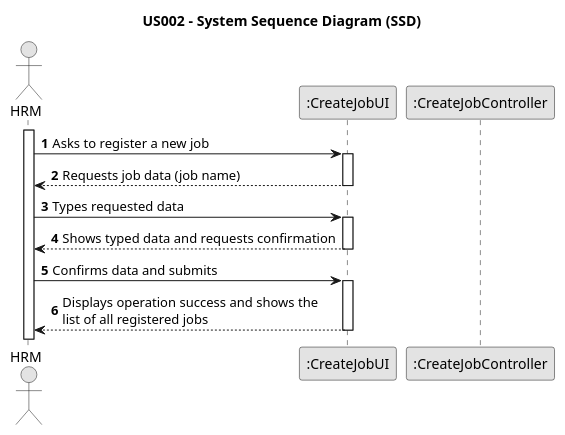
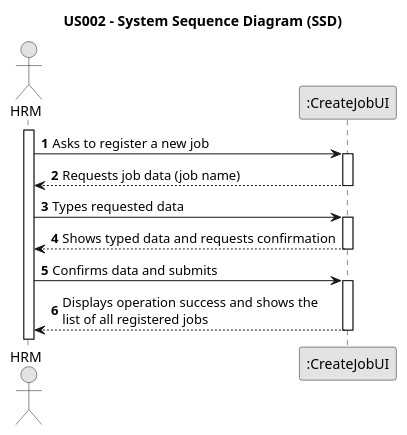
One commit to Rui-San/LAPR2_2023_2024 changed the diagram in docs/sprintA/us002/01.requirements-engineering/puml/us002-system-sequence-diagram.puml. Above: the diagram before and after it, drawn with PlantUML.

Commit message:
US002: miner change in the SSD

```diff
--- a/docs/sprintA/us002/01.requirements-engineering/puml/us002-system-sequence-diagram.puml
+++ b/docs/sprintA/us002/01.requirements-engineering/puml/us002-system-sequence-diagram.puml
@@ -1,34 +1,33 @@
     @startuml
 skinparam monochrome true
 skinparam packageStyle rectangle
 skinparam shadowing false
 
 title US002 - System Sequence Diagram (SSD)
 
 autonumber
 
 actor "HRM" as Employee
 participant ":CreateJobUI" as System
-participant ":CreateJobController" as Controller
 
 activate Employee
 
     Employee -> System : Asks to register a new job
     activate System
 
         System --> Employee : Requests job data (job name)
     deactivate System
 
     Employee -> System : Types requested data
     activate System
 
         System --> Employee : Shows typed data and requests confirmation
     deactivate System
 
     Employee -> System : Confirms data and submits
     activate System
 
         System --> Employee : Displays operation success and shows the \nlist of all registered jobs
     deactivate System
 
 @enduml
```
